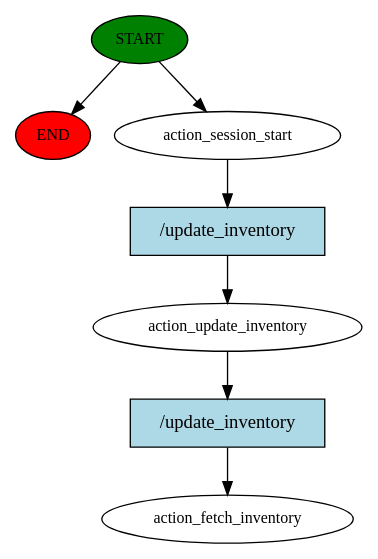
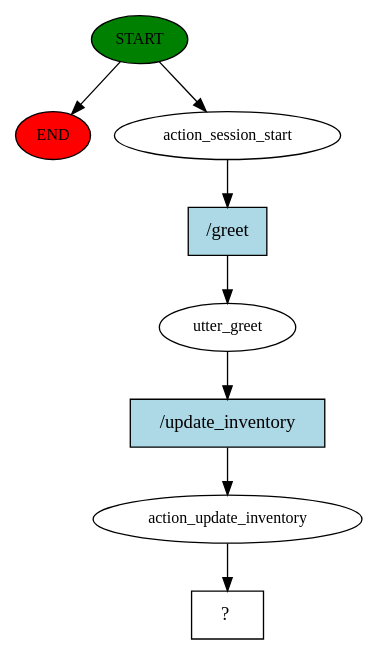
The diagram in story_graph.dot (amhkhowaja/IoT-Digital-Assistant), drawn with Graphviz before and after one commit. The commit also changed 3 other files, not shown here.

```diff
--- a/story_graph.dot
+++ b/story_graph.dot
@@ -1,15 +1,17 @@
 digraph  {
 0 [class="start active", fillcolor=green, fontsize=12, label=START, style=filled];
 "-1" [class=end, fillcolor=red, fontsize=12, label=END, style=filled];
 1 [class=active, fontsize=12, label=action_session_start];
-2 [class=active, fontsize=12, label=action_update_inventory];
-3 [class="dashed active", fontsize=12, label=action_fetch_inventory];
-4 [class="intent active", fillcolor=lightblue, label="/update_inventory", shape=rect, style=filled];
-5 [class="intent active", fillcolor=lightblue, label="/update_inventory", shape=rect, style=filled];
+2 [class=active, fontsize=12, label=utter_greet];
+3 [class=active, fontsize=12, label=action_update_inventory];
+4 [class="intent dashed active", label="  ?  ", shape=rect];
+5 [class="intent active", fillcolor=lightblue, label="/greet", shape=rect, style=filled];
+6 [class="intent active", fillcolor=lightblue, label="/update_inventory", shape=rect, style=filled];
 0 -> "-1"  [class="", key=NONE, label=""];
 0 -> 1  [class=active, key=NONE, label=""];
-1 -> 4  [class=active, key=0];
-2 -> 5  [class=active, key=0];
-4 -> 2  [class=active, key=0];
-5 -> 3  [class=active, key=0];
+1 -> 5  [class=active, key=0];
+2 -> 6  [class=active, key=0];
+3 -> 4  [class=active, key=NONE, label=""];
+5 -> 2  [class=active, key=0];
+6 -> 3  [class=active, key=0];
 }
```
